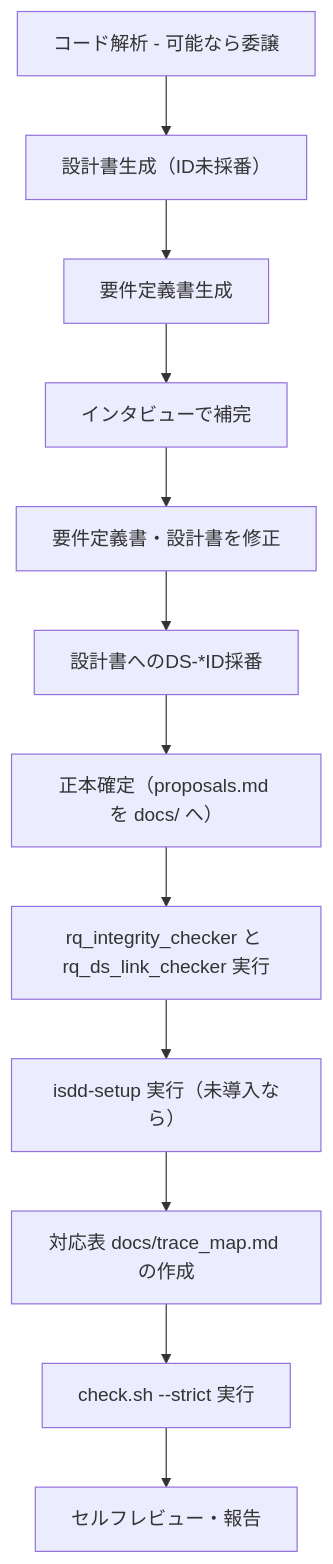
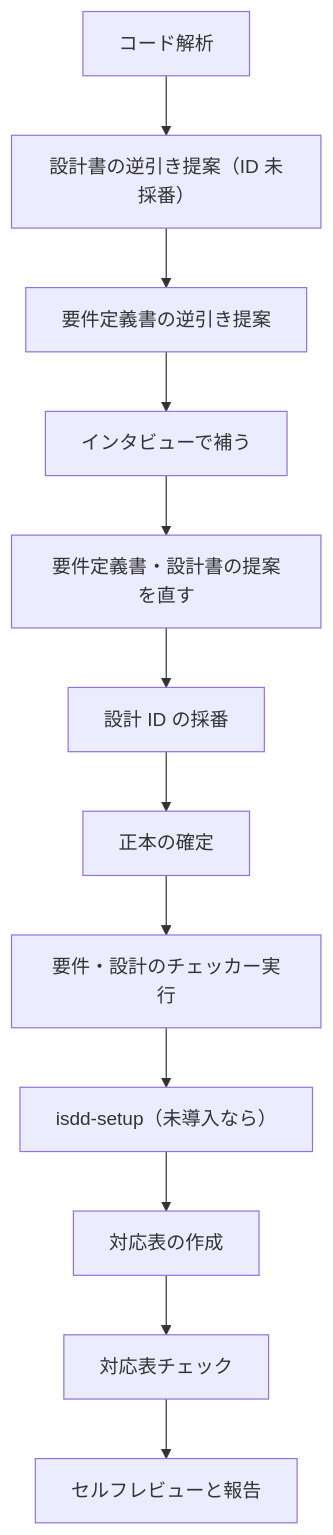
The diagram in skills/isdd-reverse-engineering/SKILL.md (notfolder/isdd), drawn with Mermaid before and after one commit. The commit also changed other lines of this file and 119 other files, not shown here.

````diff
--- a/skills/isdd-reverse-engineering/SKILL.md
+++ b/skills/isdd-reverse-engineering/SKILL.md
@@ -61,14 +43,14 @@
 ```mermaid
 graph TD
-    A[コード解析 - 可能なら委譲] --> B[設計書生成（ID未採番）]
-    B --> C[要件定義書生成]
-    C --> D[インタビューで補完]
-    D --> E[要件定義書・設計書を修正]
-    E --> F[設計書へのDS-*ID採番]
-    F --> F2["正本確定（proposals.md を docs/ へ）"]
-    F2 --> F3["rq_integrity_checker と rq_ds_link_checker 実行"]
-    F3 --> G0["isdd-setup 実行（未導入なら）"]
-    G0 --> G[対応表 docs/trace_map.md の作成]
-    G --> G2["check.sh --strict 実行"]
-    G2 --> H[セルフレビュー・報告]
+    A[コード解析] --> B[設計書の逆引き提案（ID 未採番）]
+    B --> C[要件定義書の逆引き提案]
+    C --> D[インタビューで補う]
+    D --> E[要件定義書・設計書の提案を直す]
+    E --> F[設計 ID の採番]
+    F --> F2[正本の確定]
+    F2 --> F3[要件・設計のチェッカー実行]
+    F3 --> G0[isdd-setup（未導入なら）]
+    G0 --> G[対応表の作成]
+    G --> G2[対応表チェック]
+    G2 --> H[セルフレビューと報告]
 ```
````
